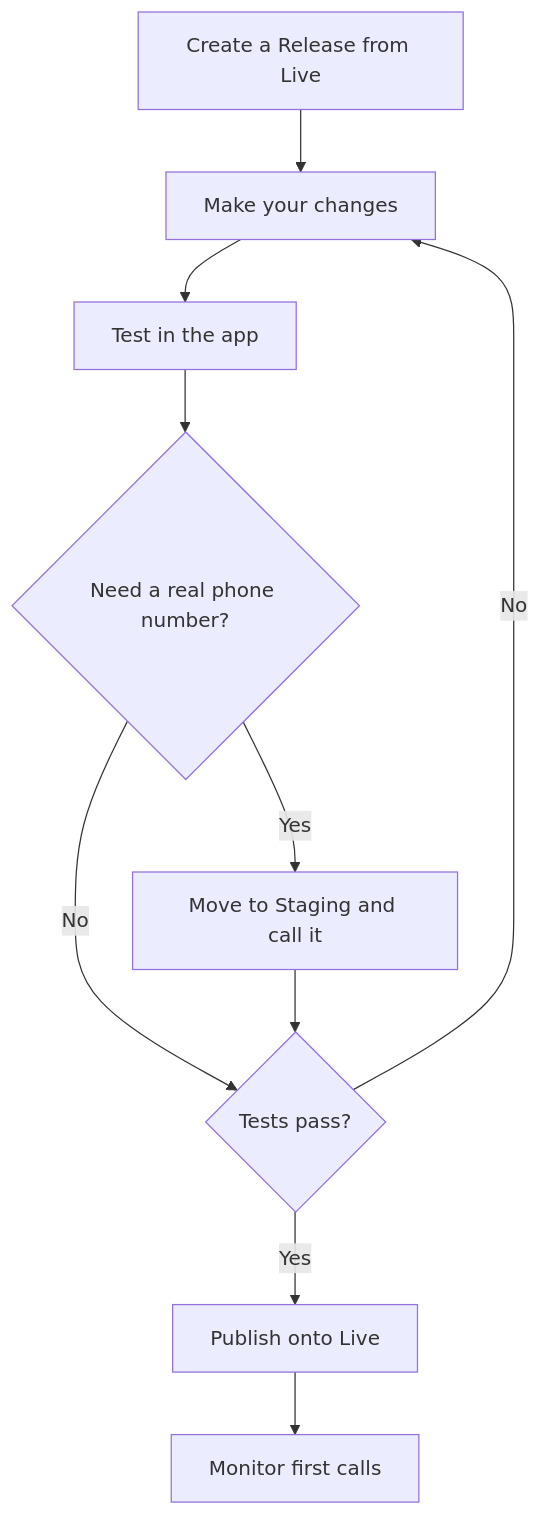
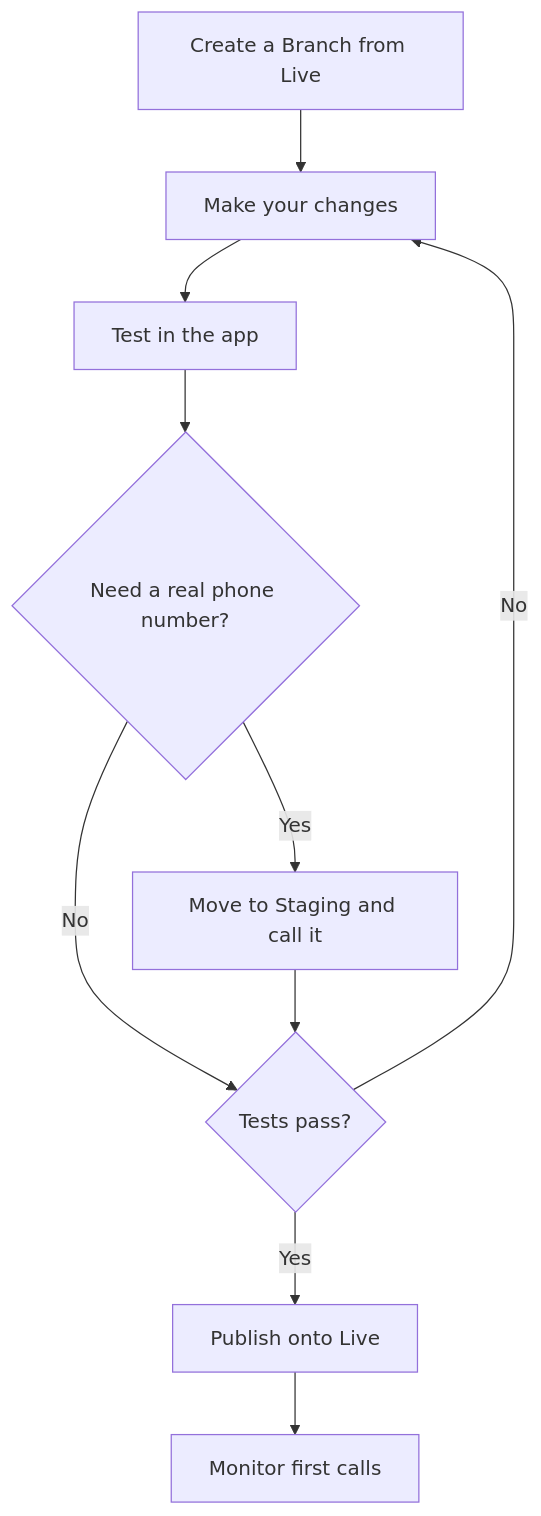
One commit to PolyAI-LDN/polyai-mintlify-doc changed the diagram in learn/guides/get-started/environments.mdx. Above: the diagram before and after it, drawn with Mermaid. The commit also changed other lines of this file and 5 other files, not shown here.

First line of the commit message:
docs: rename Release to Branch and Branch to Sub-branch

````diff
--- a/learn/guides/get-started/environments.mdx
+++ b/learn/guides/get-started/environments.mdx
@@ -39,12 +39,12 @@
 ```mermaid
 flowchart TD
-    A[Create a Release from Live] --> B[Make your changes]
+    A[Create a Branch from Live] --> B[Make your changes]
     B --> C[Test in the app]
     C --> D{Need a real phone number?}
     D -->|Yes| E[Move to Staging and call it]
     D -->|No| F{Tests pass?}
     E --> F
     F -->|Yes| G[Publish onto Live]
     F -->|No| B
     G --> H[Monitor first calls]
 ```
````
